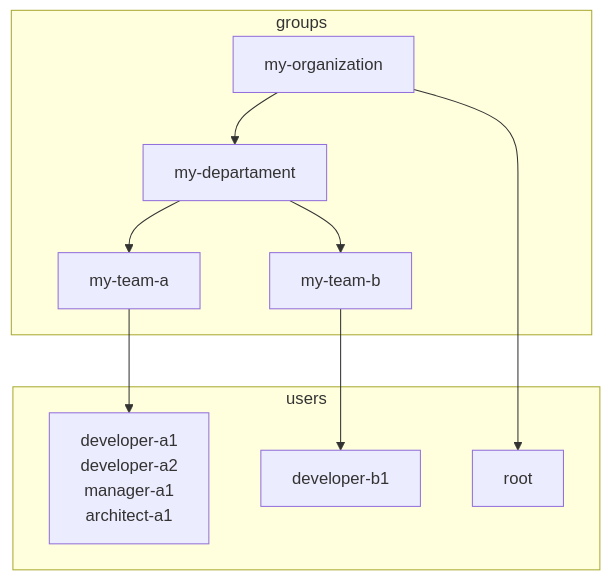
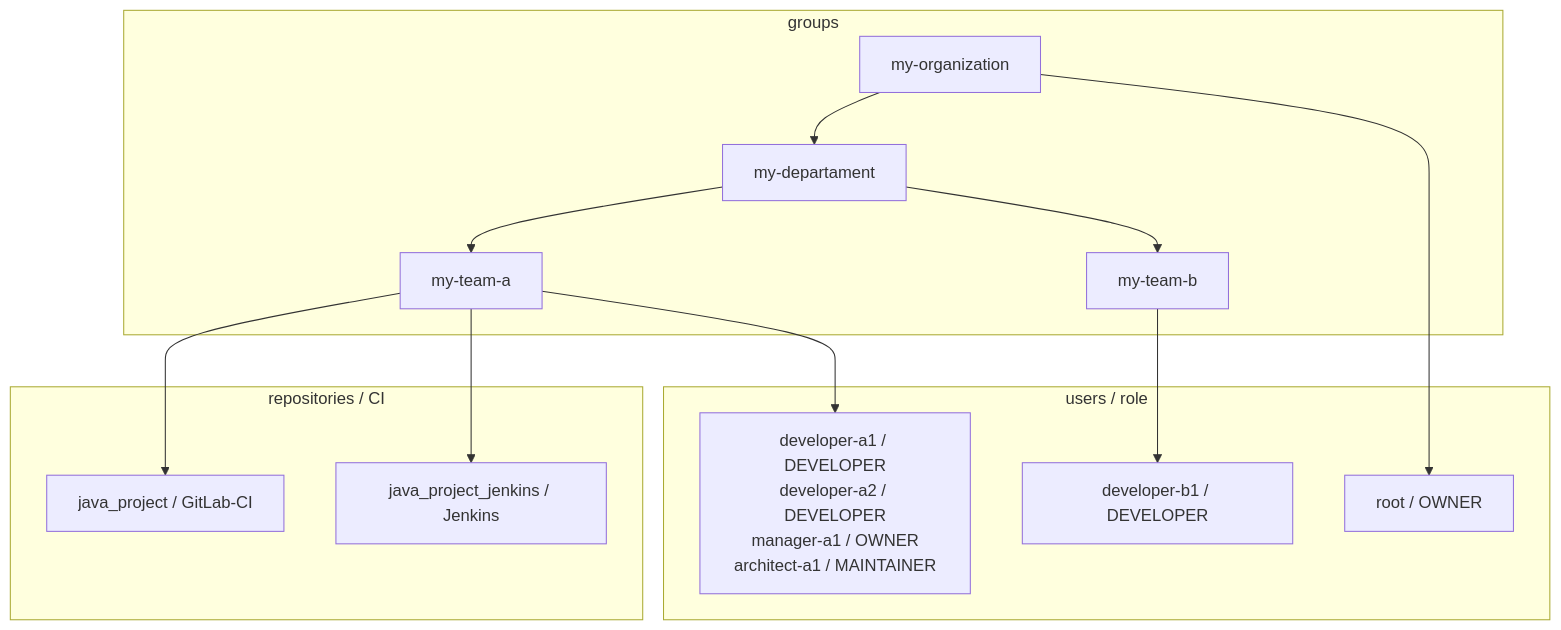
Before and after one commit to danielmenezesbr/gitlab-dev-env: the diagram in readme.md, drawn with Mermaid. The commit also changed other lines of this file and 18 other files, not shown here.

````diff
--- a/readme.md
+++ b/readme.md
@@ -22,17 +24,23 @@
  ```mermaid
 graph TB;
     subgraph groups
         box1_1[my-organization] --> box1_2[my-departament]
         box1_2 --> box1_3[my-team-a]
         box1_2 --> box1_4[my-team-b]
     end
-    subgraph users
-        box2_1[developer-a1<BR>developer-a2<br>manager-a1<br>architect-a1]
-        box2_2[root]
-        box2_3[developer-b1]
+    subgraph users / role
+        box2_1[developer-a1 / DEVELOPER<BR>developer-a2 / DEVELOPER<br>manager-a1 / OWNER<br>architect-a1 / MAINTAINER]
+        box2_3[developer-b1 / DEVELOPER]
+        box2_2[root / OWNER]
+    end
+    subgraph repositories / CI
+        box3_1[java_project / GitLab-CI]
+        box3_2[java_project_jenkins / Jenkins]
     end
 
 box1_1 --> box2_2
 box1_3 --> box2_1
 box1_4 --> box2_3
+box1_3 --> box3_1
+box1_3 --> box3_2
  ```
````
